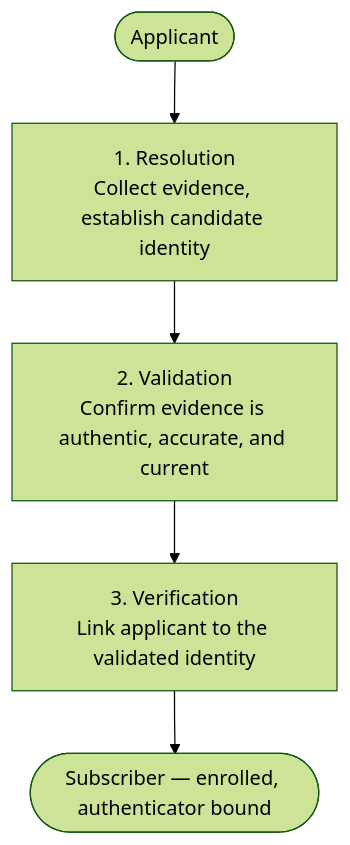
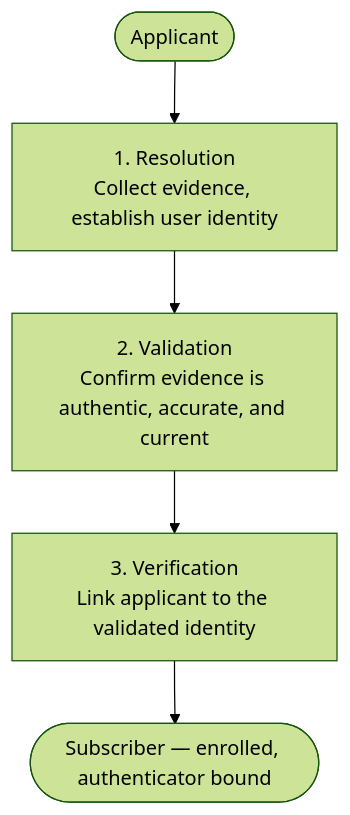
Before and after one commit to baala3/blog: the first of 2 diagrams in content/blogs/nist-sp-800-63a-4-identity-proofing/index.md, drawn with Mermaid (forest theme). The commit also changed other lines of this file and 1 other file, not shown here.

````diff
--- a/content/blogs/nist-sp-800-63a-4-identity-proofing/index.md
+++ b/content/blogs/nist-sp-800-63a-4-identity-proofing/index.md
@@ -48,7 +50,7 @@
 ```mermaid
 flowchart TD
-    A([Applicant]) --> B["1. Resolution\nCollect evidence, establish candidate identity"]
+    A([Applicant]) --> B["1. Resolution\nCollect evidence, establish user identity"]
     B --> C["2. Validation\nConfirm evidence is authentic, accurate, and current"]
     C --> D["3. Verification\nLink applicant to the validated identity"]
     D --> E([Subscriber — enrolled, authenticator bound])
 ```
````
